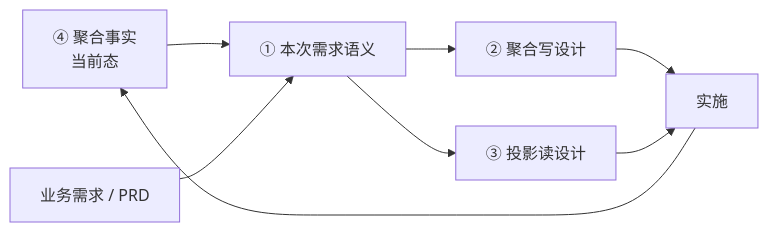
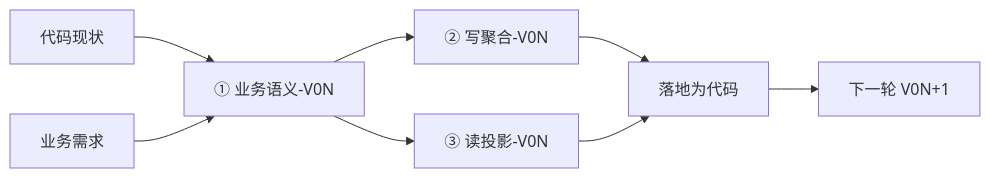
Before and after one commit to pragmatic-lee/pragmatic-ddd: the first of 2 diagrams in documentation/best-practices/design-doc-template.md, drawn with Mermaid. The commit also changed other lines of this file and 32 other files, not shown here.

````diff
--- a/documentation/best-practices/design-doc-template.md
+++ b/documentation/best-practices/design-doc-template.md
@@ -46,10 +64,10 @@
 ```mermaid
 flowchart LR
-    事实[④ 聚合事实<br/>当前态] --> 语义[① 本次需求语义]
-    需求[业务需求 / PRD] --> 语义
-    语义 --> 写[② 聚合写设计]
-    语义 --> 读[③ 投影读设计]
-    写 --> 代码[实施]
-    读 --> 代码
-    代码 --> 事实
+    代码现状[代码现状] --> 语义[① 业务语义-V0N]
+    需求[业务需求] --> 语义
+    语义 --> 写[② 写聚合-V0N]
+    语义 --> 读[③ 读投影-V0N]
+    写 --> 落地[落地为代码]
+    读 --> 落地
+    落地 --> 下一轮[下一轮 V0N+1]
 ```
````
